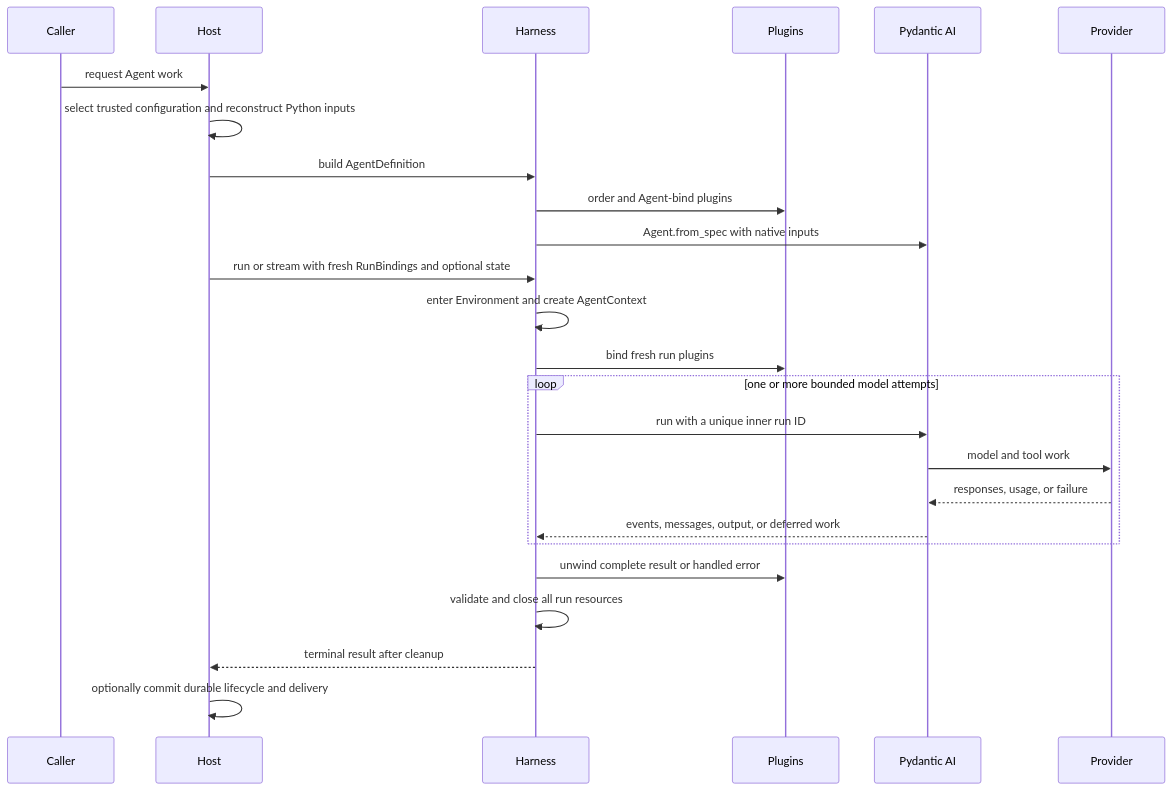
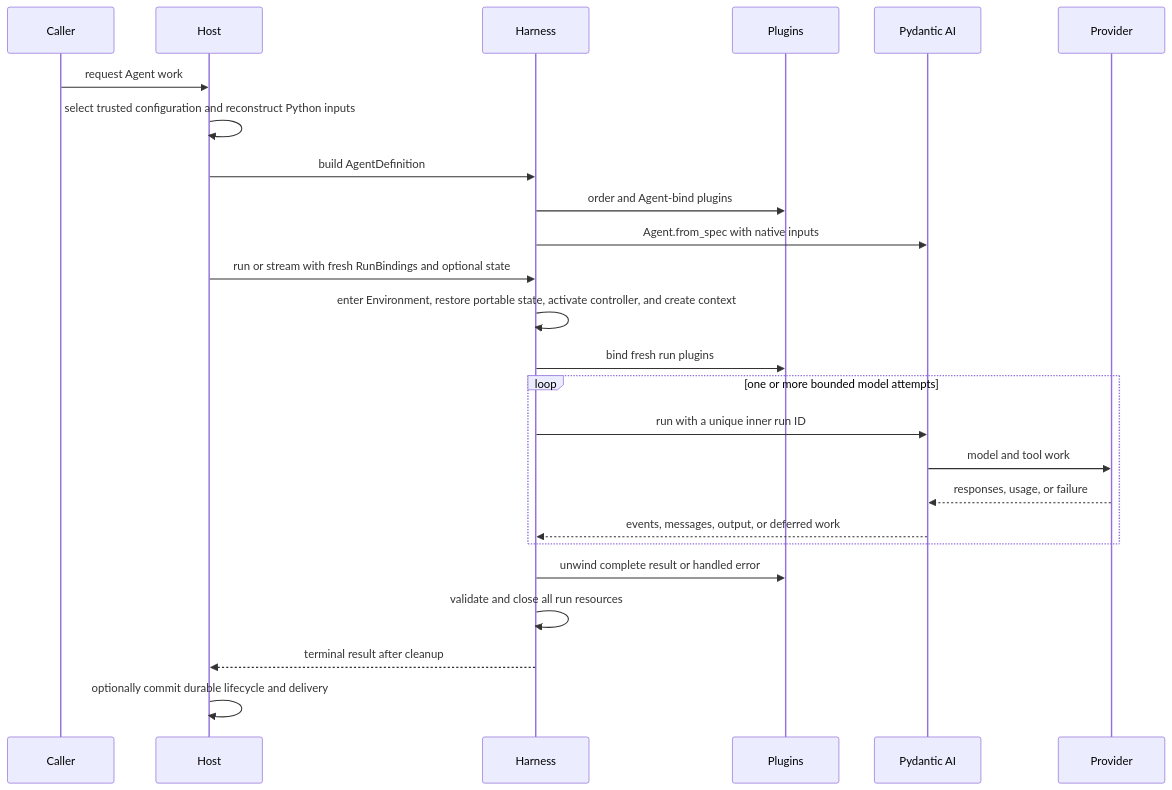
Before and after one commit to LTThreeComma/agent-foundation: the second of 2 diagrams in spec/agent-harness/00-overview.md, drawn with Mermaid. The commit also changed other lines of this file and 25 other files, not shown here.

Commit message:
docs(harness): finalize environment and compact refs

````diff
--- a/spec/agent-harness/00-overview.md
+++ b/spec/agent-harness/00-overview.md
@@ -81,28 +86,28 @@
 ```mermaid
 sequenceDiagram
     participant Caller
     participant Host
     participant Harness
     participant Plugins
     participant PAI as Pydantic AI
     participant Provider
 
     Caller->>Host: request Agent work
     Host->>Host: select trusted configuration and reconstruct Python inputs
     Host->>Harness: build AgentDefinition
     Harness->>Plugins: order and Agent-bind plugins
     Harness->>PAI: Agent.from_spec with native inputs
     Host->>Harness: run or stream with fresh RunBindings and optional state
-    Harness->>Harness: enter Environment and create AgentContext
+    Harness->>Harness: enter Environment, restore portable state, activate controller, and create context
     Harness->>Plugins: bind fresh run plugins
     loop one or more bounded model attempts
         Harness->>PAI: run with a unique inner run ID
         PAI->>Provider: model and tool work
         Provider-->>PAI: responses, usage, or failure
         PAI-->>Harness: events, messages, output, or deferred work
     end
     Harness->>Plugins: unwind complete result or handled error
     Harness->>Harness: validate and close all run resources
     Harness-->>Host: terminal result after cleanup
     Host->>Host: optionally commit durable lifecycle and delivery
 ```
````
